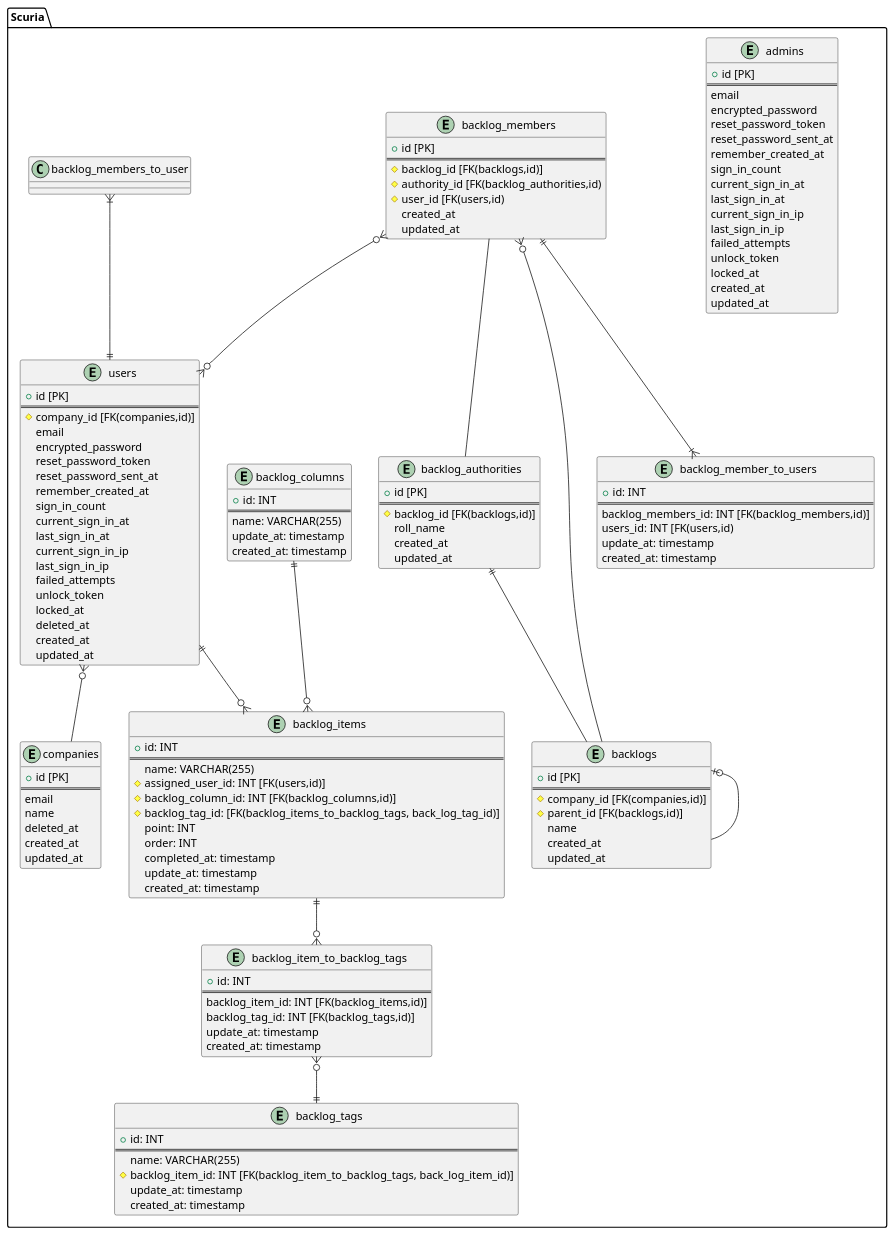
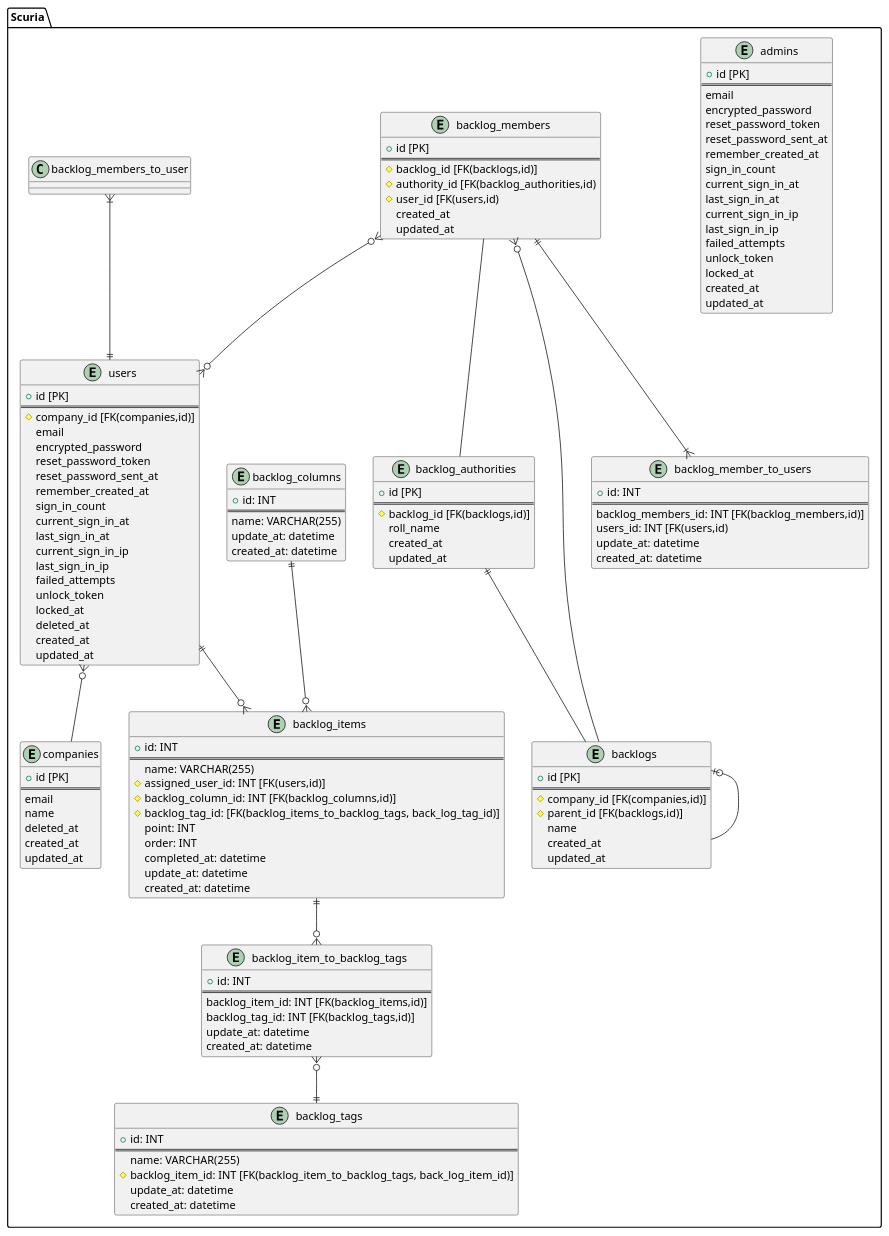
The diagram in docs/er.pu (slill33/Scuria), drawn with PlantUML before and after one commit.

```diff
--- a/docs/er.pu
+++ b/docs/er.pu
@@ -1,160 +1,160 @@
 @startuml
 
 ' hide the spot
 ' hide circle
 
 ' avoid problems with angled crows feet
 ' skinparam linetype ortho
 
 
 package "Scuria" {
   entity "users" {
     + id [PK]
     ==
     # company_id [FK(companies,id)]
     email
     encrypted_password
     reset_password_token
     reset_password_sent_at
     remember_created_at
     sign_in_count
     current_sign_in_at
     last_sign_in_at
     current_sign_in_ip
     last_sign_in_ip
     failed_attempts
     unlock_token
     locked_at
     deleted_at
     created_at
     updated_at
   }
 
   entity "admins" {
     + id [PK]
     ==
     email
     encrypted_password
     reset_password_token
     reset_password_sent_at
     remember_created_at
     sign_in_count
     current_sign_in_at
     last_sign_in_at
     current_sign_in_ip
     last_sign_in_ip
     failed_attempts
     unlock_token
     locked_at
     created_at
     updated_at
   }
 
   entity "companies" {
     + id [PK]
     ==
     email
     name
     deleted_at
     created_at
     updated_at
   }
 
   entity "backlog_authorities" {
     + id [PK]
     ==
     # backlog_id [FK(backlogs,id)]
     roll_name
     created_at
     updated_at
   }
 
   entity "backlogs" {
     + id [PK]
     ==
     # company_id [FK(companies,id)]
     # parent_id [FK(backlogs,id)] 
     name
     created_at
     updated_at 
   }
 
   entity "backlog_members" {
     + id [PK]
     ==
     # backlog_id [FK(backlogs,id)]
     # authority_id [FK(backlog_authorities,id)
     # user_id [FK(users,id) 
     created_at
     updated_at
   }
 
   entity "backlog_columns" {
     +id: INT
     ==
     name: VARCHAR(255)
-    update_at: timestamp
-    created_at: timestamp
+    update_at: datetime
+    created_at: datetime
   }
 
 
   entity "backlog_items" {
     +id: INT
     ==
     name: VARCHAR(255)
     # assigned_user_id: INT [FK(users,id)]
     # backlog_column_id: INT [FK(backlog_columns,id)]
     # backlog_tag_id: [FK(backlog_items_to_backlog_tags, back_log_tag_id)]
     point: INT
     order: INT
-    completed_at: timestamp
-    update_at: timestamp
-    created_at: timestamp
+    completed_at: datetime
+    update_at: datetime
+    created_at: datetime
   }
 
   entity "backlog_item_to_backlog_tags" {
     +id: INT
     ==
     backlog_item_id: INT [FK(backlog_items,id)]
     backlog_tag_id: INT [FK(backlog_tags,id)]
-    update_at: timestamp
-    created_at: timestamp
+    update_at: datetime
+    created_at: datetime
   }
   entity "backlog_member_to_users" {
     +id: INT
     ==
     backlog_members_id: INT [FK(backlog_members,id)]
     users_id: INT [FK(users,id)
-    update_at: timestamp
-    created_at: timestamp
+    update_at: datetime
+    created_at: datetime
   }
 
   entity "backlog_tags" {
     +id: INT
     ==
     name: VARCHAR(255)
     # backlog_item_id: INT [FK(backlog_item_to_backlog_tags, back_log_item_id)]
-    update_at: timestamp
-    created_at: timestamp
+    update_at: datetime
+    created_at: datetime
   }
 
 
   users }o-- companies
   backlog_authorities ||-- backlogs
   backlogs |o-- backlogs
   backlog_members }o-- backlogs
   backlog_members -- backlog_authorities
   backlog_members }o--o{ users
 
   users ||--o{ backlog_items
 
   backlog_columns ||--o{ backlog_items
   backlog_items ||--o{ backlog_item_to_backlog_tags
   backlog_item_to_backlog_tags }o--||backlog_tags
   backlog_members ||--|{ backlog_member_to_users
   backlog_members_to_user }|--||users
 
 }
 
 
 @enduml
```
